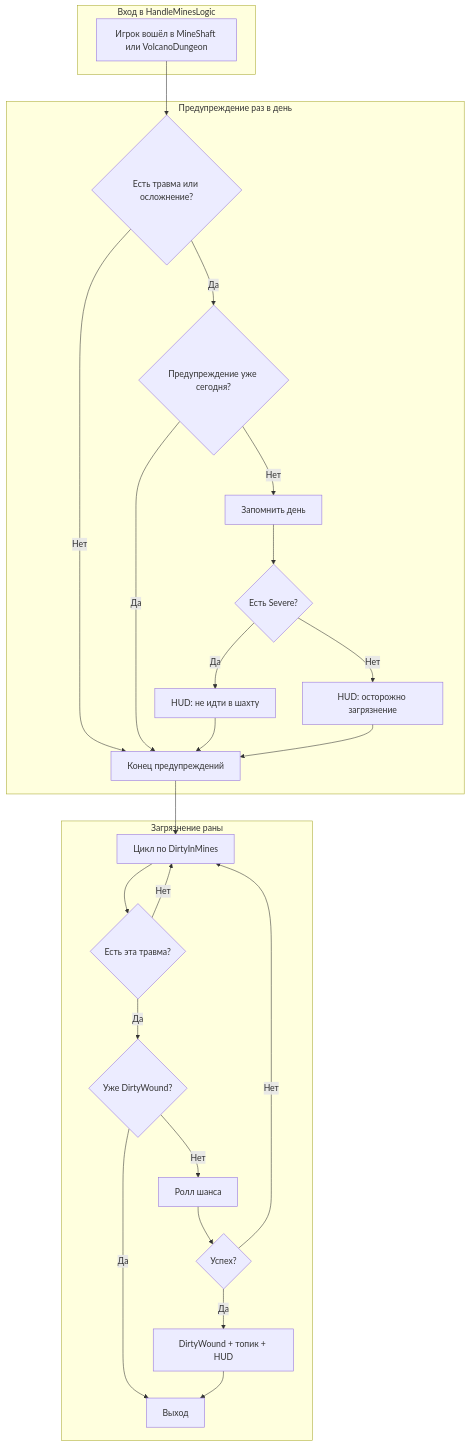
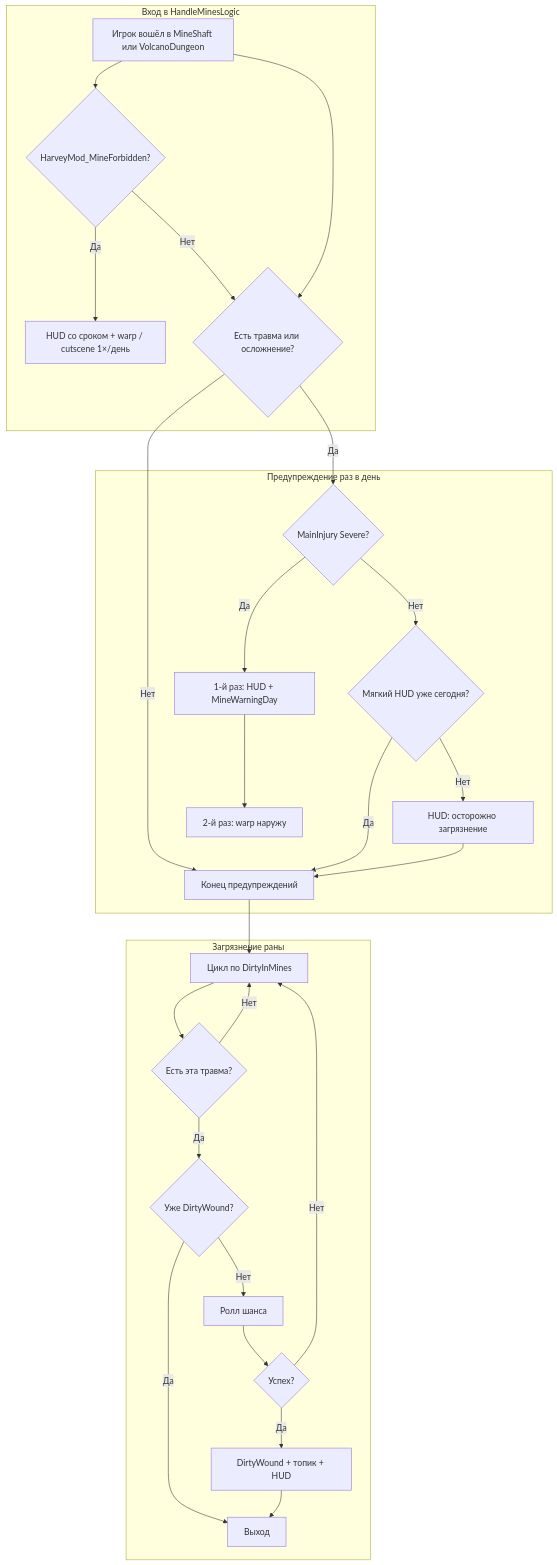
One commit to marilynsinister/HarveyOverhaulInjury changed the diagram in docs/mines-forbidden-injuries.md. Above: the diagram before and after it, drawn with Mermaid. The commit also changed other lines of this file and 13 other files, not shown here.

````diff
--- a/docs/mines-forbidden-injuries.md
+++ b/docs/mines-forbidden-injuries.md
@@ -127,35 +129,37 @@
 ```mermaid
 flowchart TD
     subgraph sg1["Вход в HandleMinesLogic"]
         A["Игрок вошёл в MineShaft или VolcanoDungeon"]
+        A --> MF{"HarveyMod_MineForbidden?"}
+        MF -->|Да| MFB["HUD со сроком + warp / cutscene 1×/день"]
+        MF -->|Нет| B
     end
 
     subgraph sg2["Предупреждение раз в день"]
         B{"Есть травма или осложнение?"}
         B -->|Нет| Z["Конец предупреждений"]
-        B -->|Да| C{"Предупреждение уже сегодня?"}
+        B -->|Да| E{"MainInjury Severe?"}
+        E -->|Да| F["1-й раз: HUD + MineWarningDay"]
+        F --> F2["2-й раз: warp наружу"]
+        E -->|Нет| C{"Мягкий HUD уже сегодня?"}
         C -->|Да| Z
-        C -->|Нет| D["Запомнить день"]
-        D --> E{"Есть Severe?"}
-        E -->|Да| F["HUD: не идти в шахту"]
-        E -->|Нет| G["HUD: осторожно загрязнение"]
-        F --> Z
+        C -->|Нет| G["HUD: осторожно загрязнение"]
         G --> Z
     end
 
     subgraph sg3["Загрязнение раны"]
         H["Цикл по DirtyInMines"]
         H --> I{"Есть эта травма?"}
         I -->|Нет| H
         I -->|Да| J{"Уже DirtyWound?"}
         J -->|Да| Z2["Выход"]
         J -->|Нет| K["Ролл шанса"]
         K --> L{"Успех?"}
         L -->|Нет| H
         L -->|Да| M["DirtyWound + топик + HUD"]
         M --> Z2
     end
 
     A --> B
     Z --> H
 ```
````
